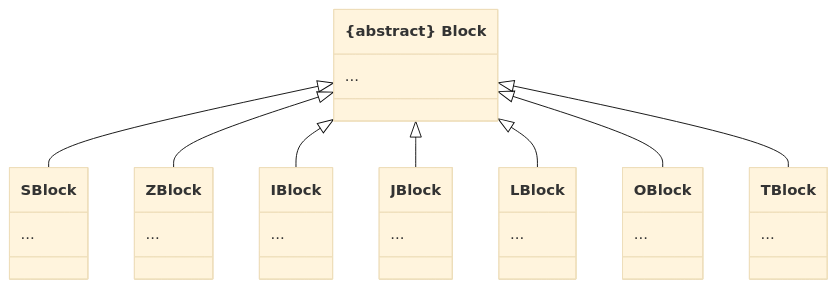
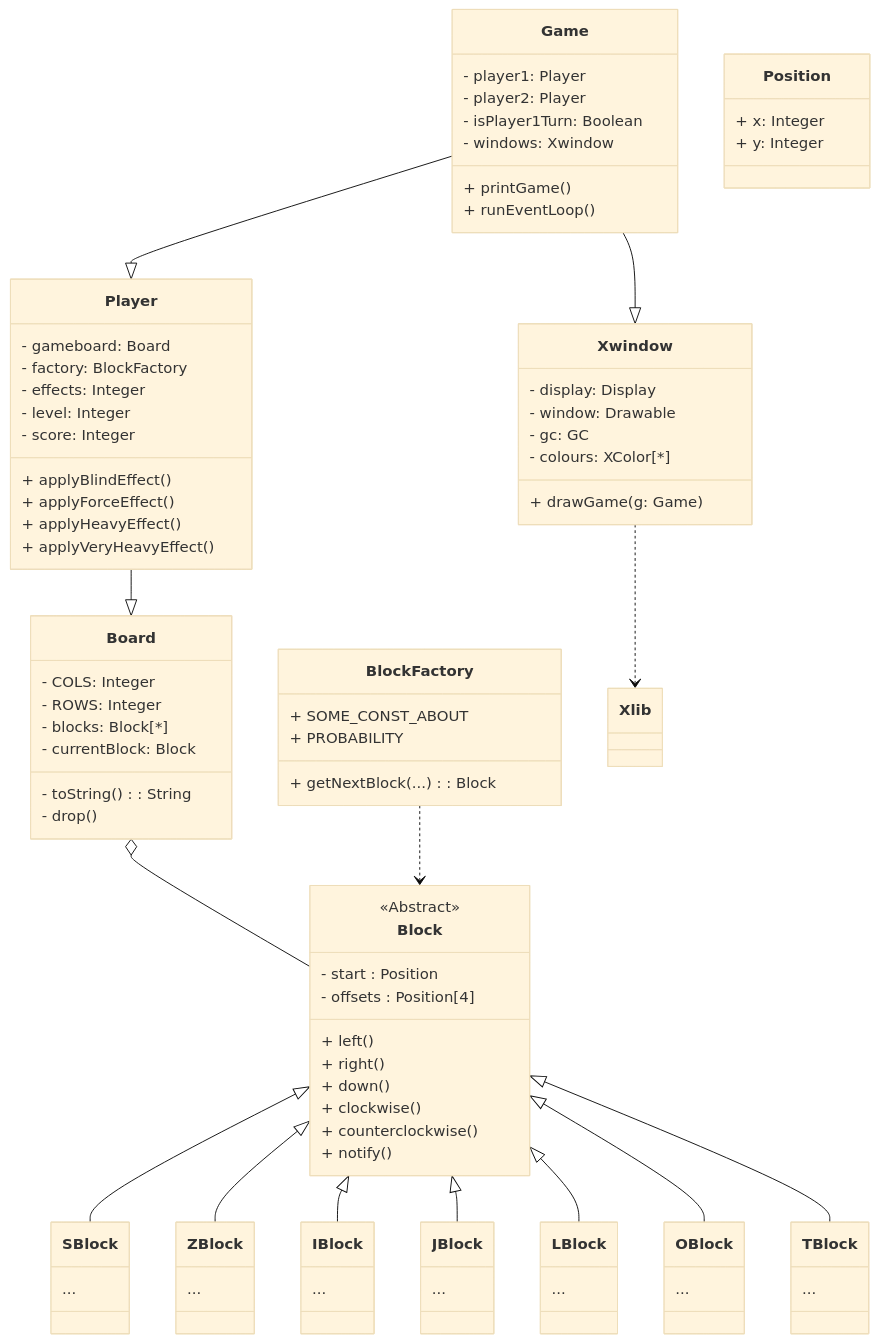
Before and after one commit to samiy803/2-tetris: the diagram in Documents/uml.md, drawn with Mermaid (base theme).

Commit message:
Update UML

````diff
--- a/Documents/uml.md
+++ b/Documents/uml.md
@@ -3,8 +3,17 @@
 ```mermaid
 classDiagram
-    class Block["{abstract} Block"] {
-        ...
+    class Block {
+        - start : Position
+        - offsets : Position[4]
+        + left()
+        + right()
+        + down()
+        + clockwise()
+        + counterclockwise()
+        + notify()
+        %% OBserver pattern for block deletetion
     }
+    <<Abstract>> Block
     class IBlock {
       ...
     }
@@ -26,6 +35,49 @@
     class TBlock {
         ...
     }
+    class Player {
+        - gameboard: Board
+        - factory: BlockFactory
+        - effects: Integer
+        - level: Integer
+        - score: Integer
+        + applyBlindEffect()
+        + applyForceEffect()
+        + applyHeavyEffect()
+        + applyVeryHeavyEffect()
+    }
+    class Board {
+        - COLS: Integer
+        - ROWS: Integer
+        - blocks: Block[*]
+        - currentBlock: Block
+        - toString(): String
+        - drop()
+    }
+    class Game {
+        - player1: Player
+        - player2: Player
+        - isPlayer1Turn: Boolean
+        - windows: Xwindow
+        + printGame()
+        + runEventLoop()
+    }
+    class Xwindow {
+        - display: Display
+        - window: Drawable
+        - gc: GC 
+        - colours: XColor[*]
+        + drawGame(g: Game)
+    }
+
+    class BlockFactory {
+        + getNextBlock(...): Block
+        + SOME_CONST_ABOUT
+        + PROBABILITY
+    }
+
+    
+    
     Block <|-- SBlock
     Block <|-- ZBlock
     Block <|-- IBlock
@@ -33,4 +85,15 @@
     Block <|-- LBlock
     Block <|-- OBlock
     Block <|-- TBlock
+    Board o-- Block
+    BlockFactory ..> Block
+    Game --|> Xwindow
+    Game --|> Player
+    Player --|> Board
+    Xwindow ..> Xlib
+
+    class Position {
+        + x: Integer
+        + y: Integer
+    }
 ```
````
